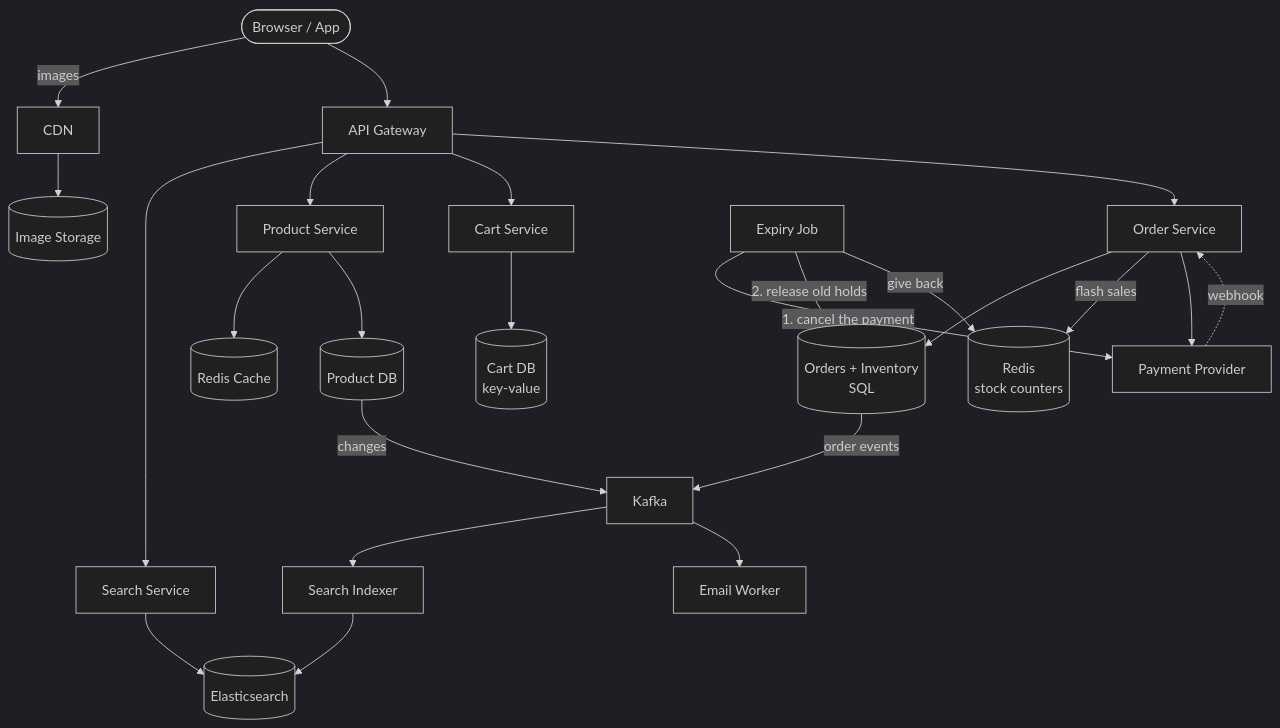
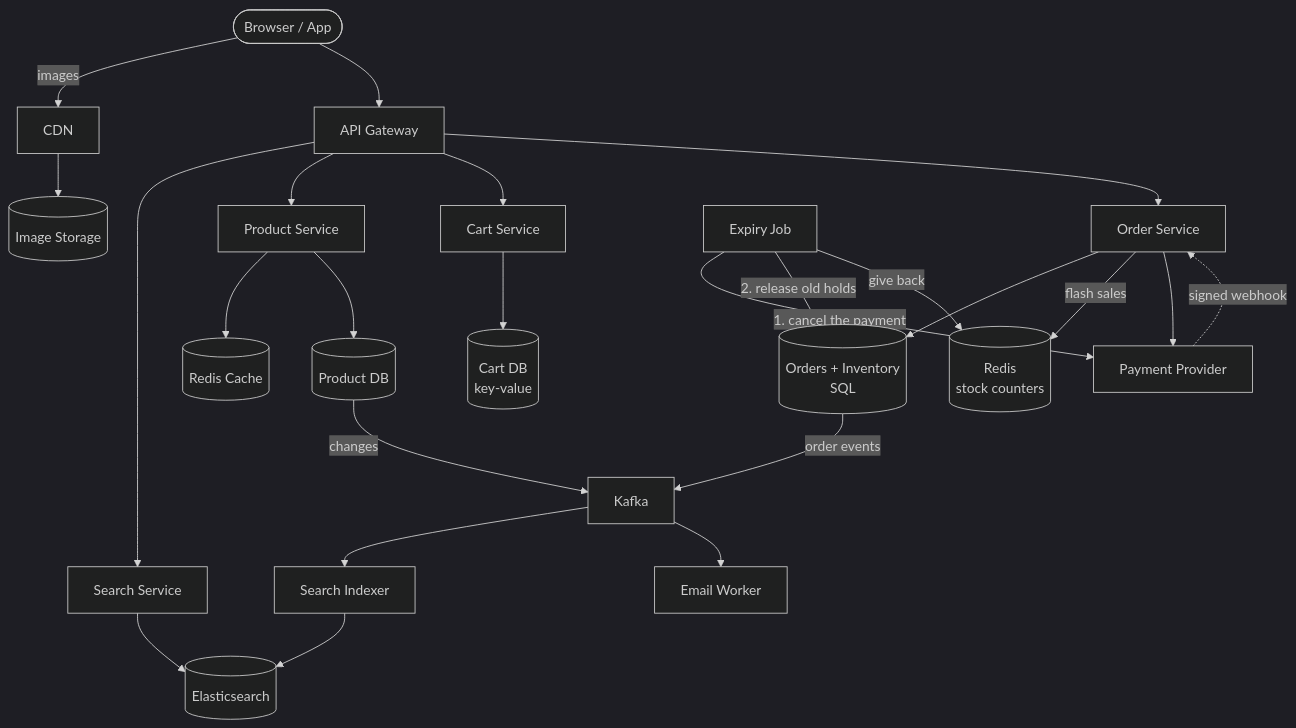
One commit to iamrs77/interview-ready changed the fourth of 4 diagrams in content/system-design/questions/e-commerce.mdx. Above: the diagram before and after it, drawn with Mermaid (dark theme). The commit also changed other lines of this file and 132 other files, not shown here.

````diff
--- a/content/system-design/questions/e-commerce.mdx
+++ b/content/system-design/questions/e-commerce.mdx
@@ -261,27 +263,27 @@
 ```mermaid
 flowchart TB
   Client(["Browser / App"]):::client
   Client -->|"images"| CDN["CDN"]:::storage
   CDN --> Images[("Image Storage")]:::storage
   Client --> GW["API Gateway"]:::lb
   GW --> Search["Search Service"]:::service
   GW --> Product["Product Service"]:::service
   GW --> Cart["Cart Service"]:::service
   GW --> Order["Order Service"]:::service
   Search --> ES[("Elasticsearch")]:::db
   Product --> PCache[("Redis Cache")]:::cache
   Product --> PDB[("Product DB")]:::db
   Cart --> CDB[("Cart DB<br/>key-value")]:::db
   Order --> ODB[("Orders + Inventory<br/>SQL")]:::db
   Order -->|"flash sales"| Stock[("Redis<br/>stock counters")]:::cache
   Order --> Pay["Payment Provider"]:::external
-  Pay -.->|"webhook"| Order
+  Pay -.->|"signed webhook"| Order
   PDB -->|"changes"| Kafka["Kafka"]:::queue
   ODB -->|"order events"| Kafka
   Kafka --> Indexer["Search Indexer"]:::service
   Indexer --> ES
   Kafka --> Email["Email Worker"]:::service
   Expiry["Expiry Job"]:::service -->|"1. cancel the payment"| Pay
   Expiry -->|"2. release old holds"| ODB
   Expiry -->|"give back"| Stock
 ```
````
